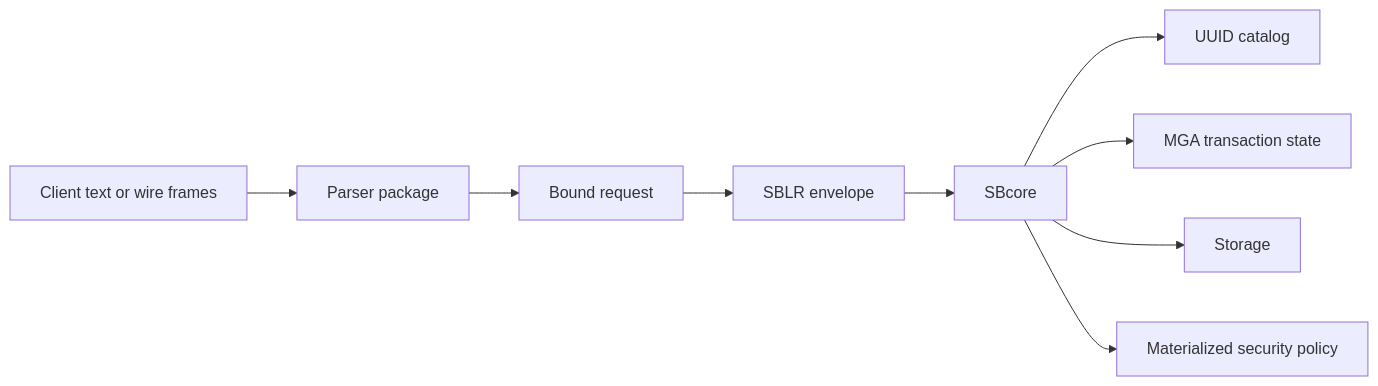
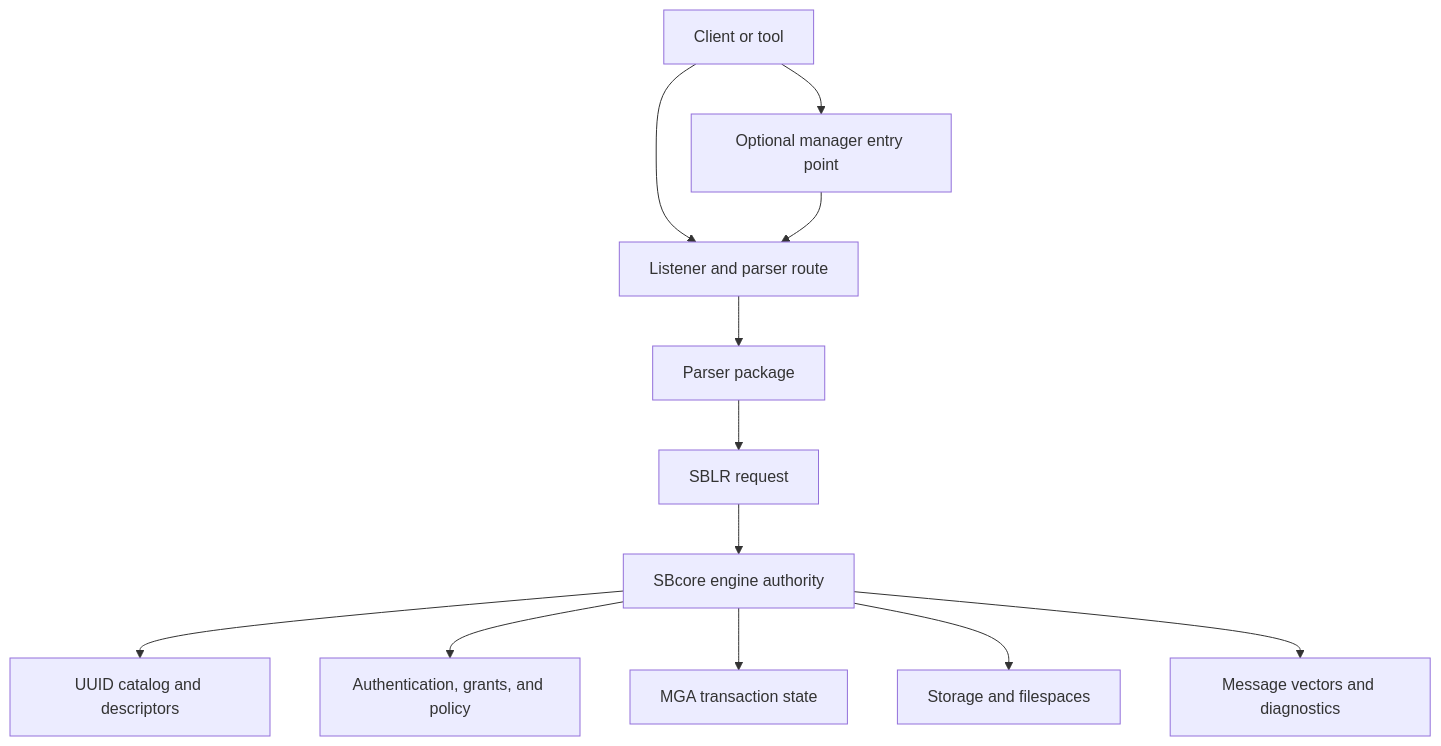
One commit to scratchbird-software-inc/ScratchBird changed the first of 4 diagrams in docs/documentation/draft/Getting_Started/core_concepts/how_scratchbird_implements_a_cde.md. Above: the diagram before and after it, drawn with Mermaid. The commit also changed other lines of this file and 23 other files, not shown here.

````diff
--- a/docs/documentation/draft/Getting_Started/core_concepts/how_scratchbird_implements_a_cde.md
+++ b/docs/documentation/draft/Getting_Started/core_concepts/how_scratchbird_implements_a_cde.md
@@ -22,11 +23,26 @@
 ```mermaid
-flowchart LR
-    Text[Client text or wire frames] --> Parser[Parser package]
-    Parser --> Bound[Bound request]
-    Bound --> SBLR[SBLR envelope]
-    SBLR --> Engine[SBcore]
-    Engine --> Catalog[UUID catalog]
-    Engine --> Txn[MGA transaction state]
-    Engine --> Storage[Storage]
-    Engine --> Security[Materialized security policy]
+flowchart TB
+    Client[Client or tool]
+    Manager[Optional manager entry point]
+    Listener[Listener and parser route]
+    Parser[Parser package]
+    SBLR[SBLR request]
+    Engine[SBcore engine authority]
+    Catalog[UUID catalog and descriptors]
+    Security[Authentication, grants, and policy]
+    Txn[MGA transaction state]
+    Storage[Storage and filespaces]
+    Diagnostics[Message vectors and diagnostics]
+
+    Client --> Manager
+    Client --> Listener
+    Manager --> Listener
+    Listener --> Parser
+    Parser --> SBLR
+    SBLR --> Engine
+    Engine --> Catalog
+    Engine --> Security
+    Engine --> Txn
+    Engine --> Storage
+    Engine --> Diagnostics
 ```
````
